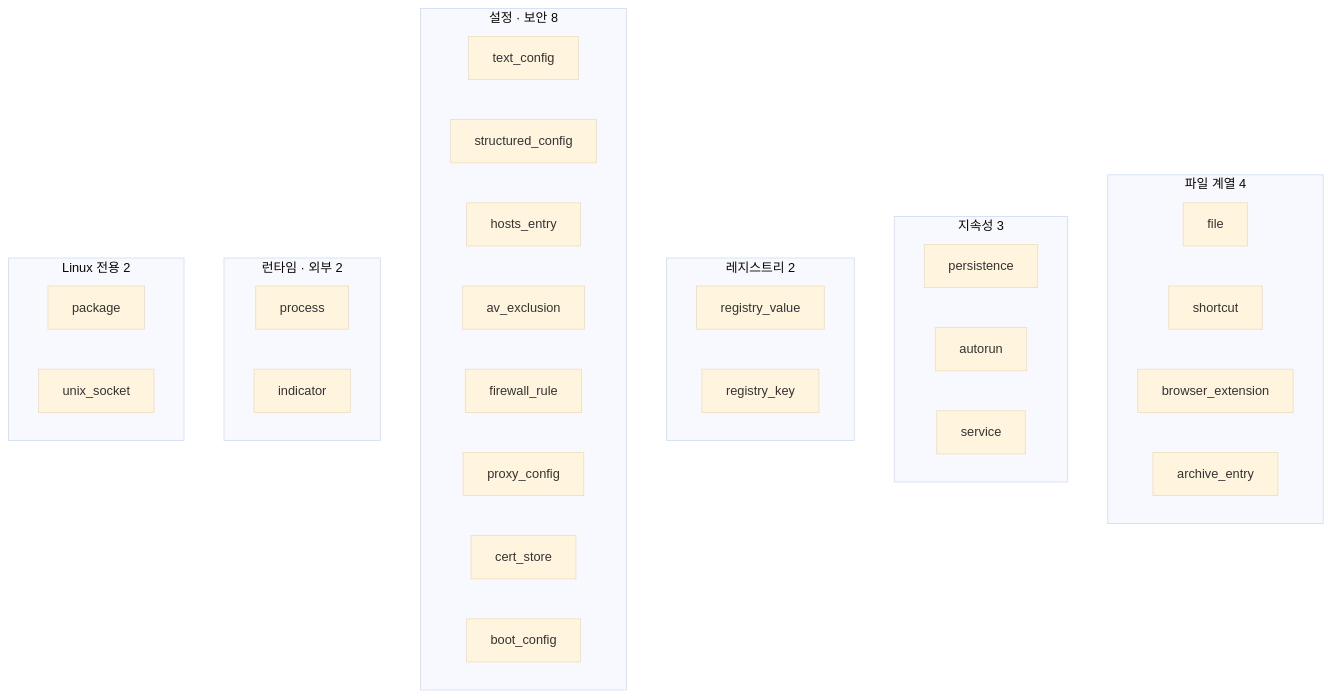
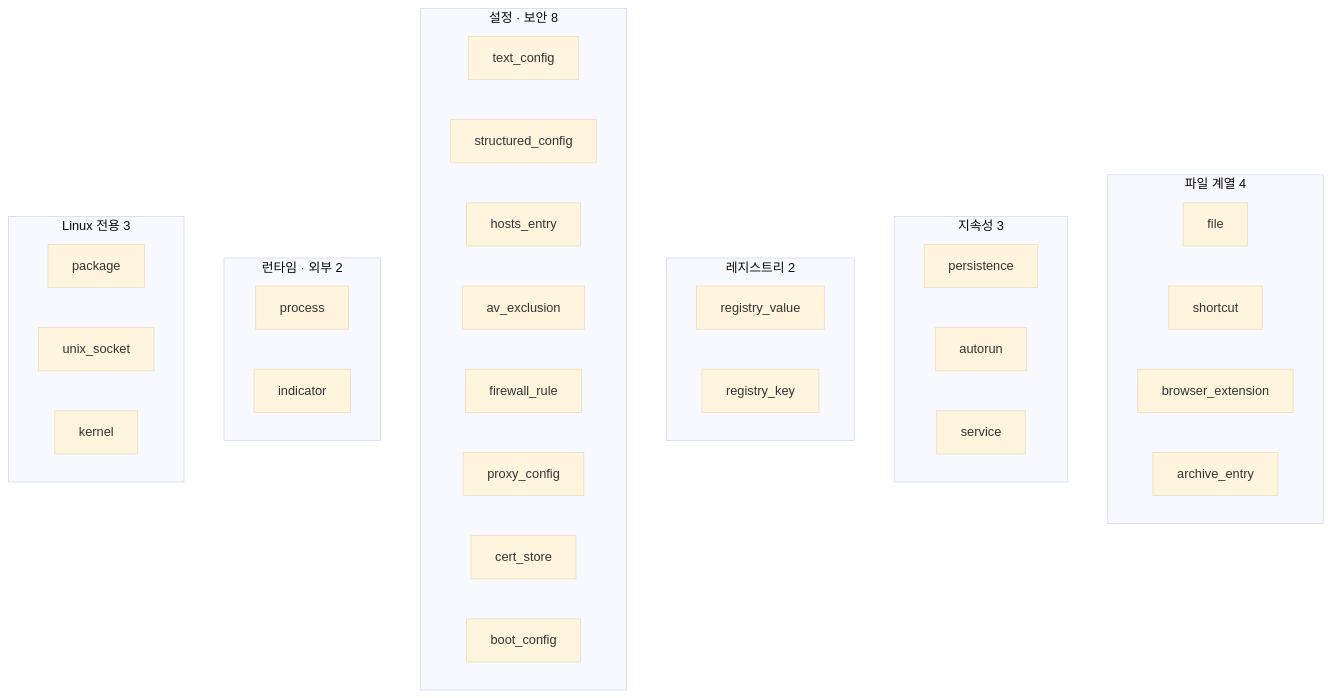
Diagram 11 of 21 in docs/remedy-전체-그림.md (ESTsecurity/remedy), drawn with Mermaid (base theme) before and after one commit. The commit also changed other lines of this file and 3 other files, not shown here.

````diff
--- a/docs/remedy-전체-그림.md
+++ b/docs/remedy-전체-그림.md
@@ -462,36 +462,37 @@
 ```mermaid
 flowchart TB
     subgraph SF["파일 계열 4"]
         s1[file]
         s2[shortcut]
         s3[browser_extension]
         s21[archive_entry]
     end
     subgraph SP["지속성 3"]
         s4[persistence]
         s5[autorun]
         s6[service]
     end
     subgraph SR["레지스트리 2"]
         s7[registry_value]
         s8[registry_key]
     end
     subgraph SC["설정 · 보안 8"]
         s9[text_config]
         s10[structured_config]
         s11[hosts_entry]
         s12[av_exclusion]
         s13[firewall_rule]
         s14[proxy_config]
         s15[cert_store]
         s16[boot_config]
     end
     subgraph SX["런타임 · 외부 2"]
         s17[process]
         s18[indicator]
     end
-    subgraph SK["Linux 전용 2"]
+    subgraph SK["Linux 전용 3"]
         s19[package]
         s20[unix_socket]
+        s22[kernel]
     end
 ```
````
